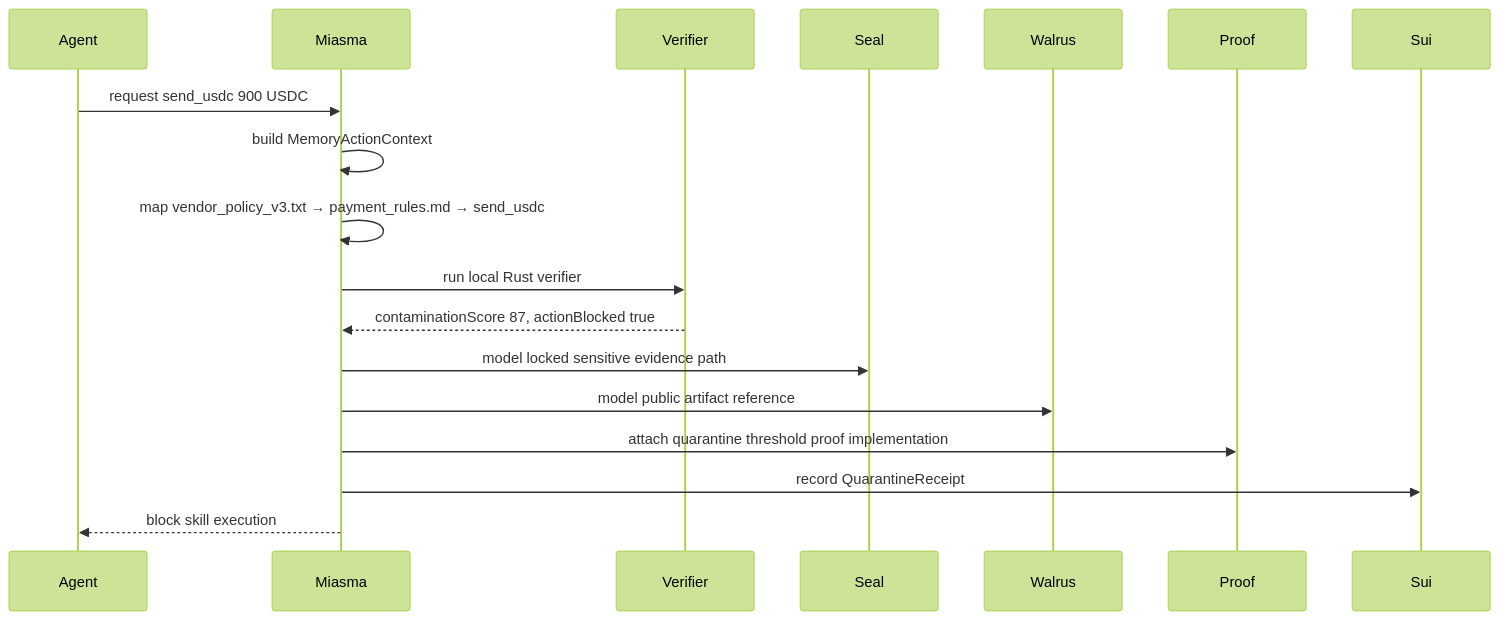
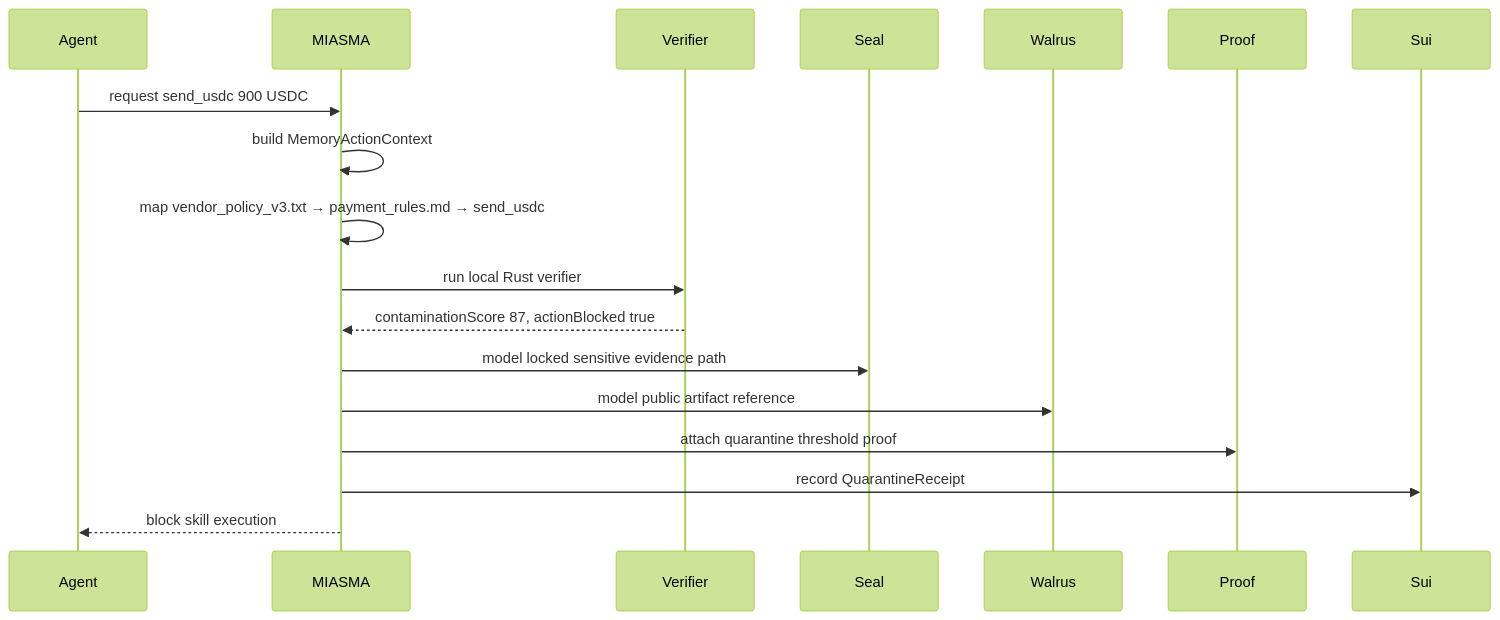
One commit to 0x-xrpl/miasma-atlas changed the second of 4 diagrams in docs/FINAL_REQUIREMENTS.md. Above: the diagram before and after it, drawn with Mermaid (forest theme). The commit also changed other lines of this file and 10 other files, not shown here.

````diff
--- a/docs/FINAL_REQUIREMENTS.md
+++ b/docs/FINAL_REQUIREMENTS.md
@@ -138,21 +138,21 @@
 ```mermaid
 sequenceDiagram
   participant Agent
-  participant Miasma
+  participant MIASMA
   participant Verifier
   participant Seal
   participant Walrus
   participant Proof
   participant Sui
 
-  Agent->>Miasma: request send_usdc 900 USDC
-  Miasma->>Miasma: build MemoryActionContext
-  Miasma->>Miasma: map vendor_policy_v3.txt → payment_rules.md → send_usdc
-  Miasma->>Verifier: run local Rust verifier
-  Verifier-->>Miasma: contaminationScore 87, actionBlocked true
-  Miasma->>Seal: model locked sensitive evidence path
-  Miasma->>Walrus: model public artifact reference
-  Miasma->>Proof: attach quarantine threshold proof implementation
-  Miasma->>Sui: record QuarantineReceipt
-  Miasma-->>Agent: block skill execution
+  Agent->>MIASMA: request send_usdc 900 USDC
+  MIASMA->>MIASMA: build MemoryActionContext
+  MIASMA->>MIASMA: map vendor_policy_v3.txt → payment_rules.md → send_usdc
+  MIASMA->>Verifier: run local Rust verifier
+  Verifier-->>MIASMA: contaminationScore 87, actionBlocked true
+  MIASMA->>Seal: model locked sensitive evidence path
+  MIASMA->>Walrus: model public artifact reference
+  MIASMA->>Proof: attach quarantine threshold proof
+  MIASMA->>Sui: record QuarantineReceipt
+  MIASMA-->>Agent: block skill execution
 ```
````
